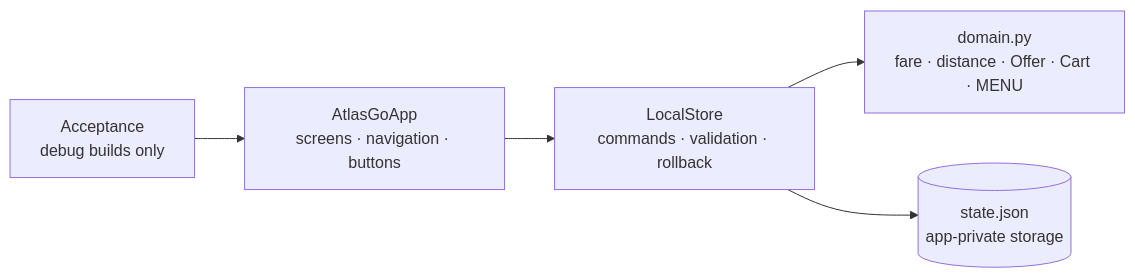
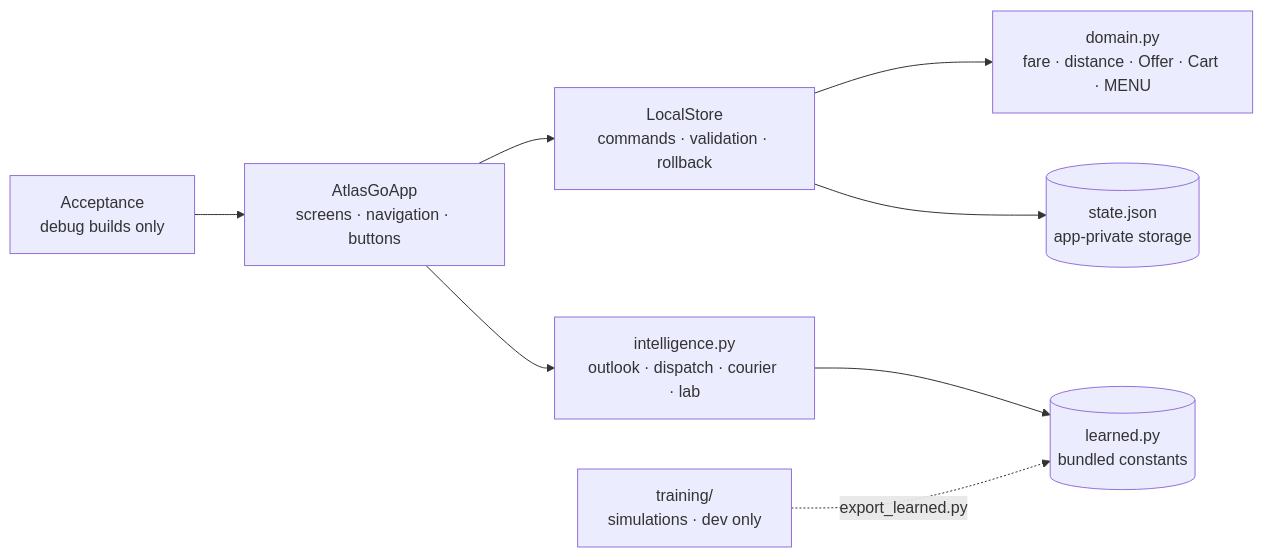
Before and after one commit to FUllSCIPTS/ATLAS: the second of 21 diagrams in architecture-explorer/starter/docs/UML_BLUEPRINT.md, drawn with Mermaid. The commit also changed other lines of this file, not shown here.

Commit message:
UML blueprint: update the Android app to ATLAS Go 1.1.0 (on-device intelligence)

````diff
--- a/architecture-explorer/starter/docs/UML_BLUEPRINT.md
+++ b/architecture-explorer/starter/docs/UML_BLUEPRINT.md
@@ -173,7 +184,10 @@
 ```mermaid
 flowchart LR
     U["AtlasGoApp<br/>screens · navigation · buttons"] --> L["LocalStore<br/>commands · validation · rollback"]
     L --> DM["domain.py<br/>fare · distance · Offer · Cart · MENU"]
     L --> J[("state.json<br/>app-private storage")]
+    U --> AI["intelligence.py<br/>outlook · dispatch · courier · lab"]
+    AI --> LC[("learned.py<br/>bundled constants")]
+    TR["training/<br/>simulations · dev only"] -. "export_learned.py" .-> LC
     X["Acceptance<br/>debug builds only"] --> U
 ```
````
